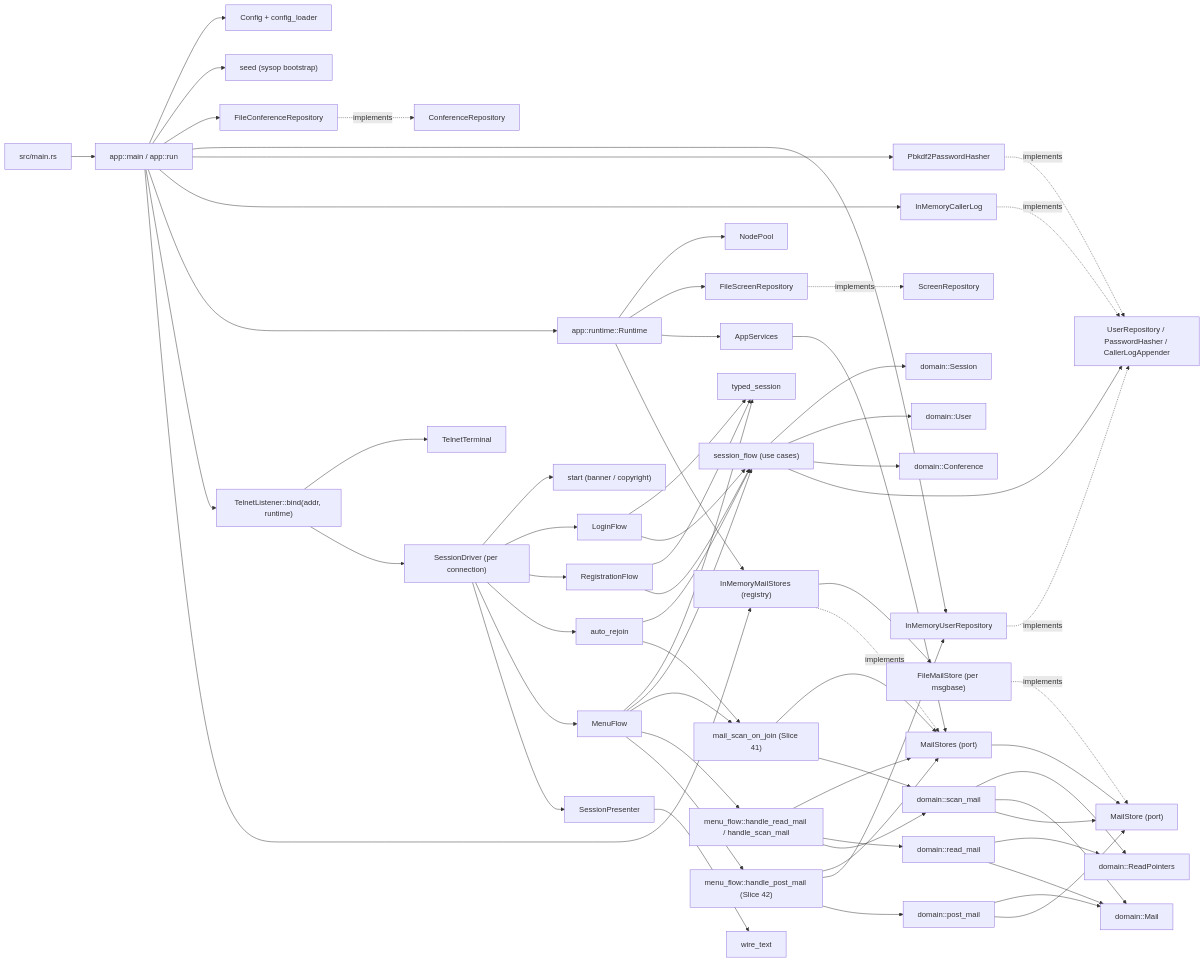
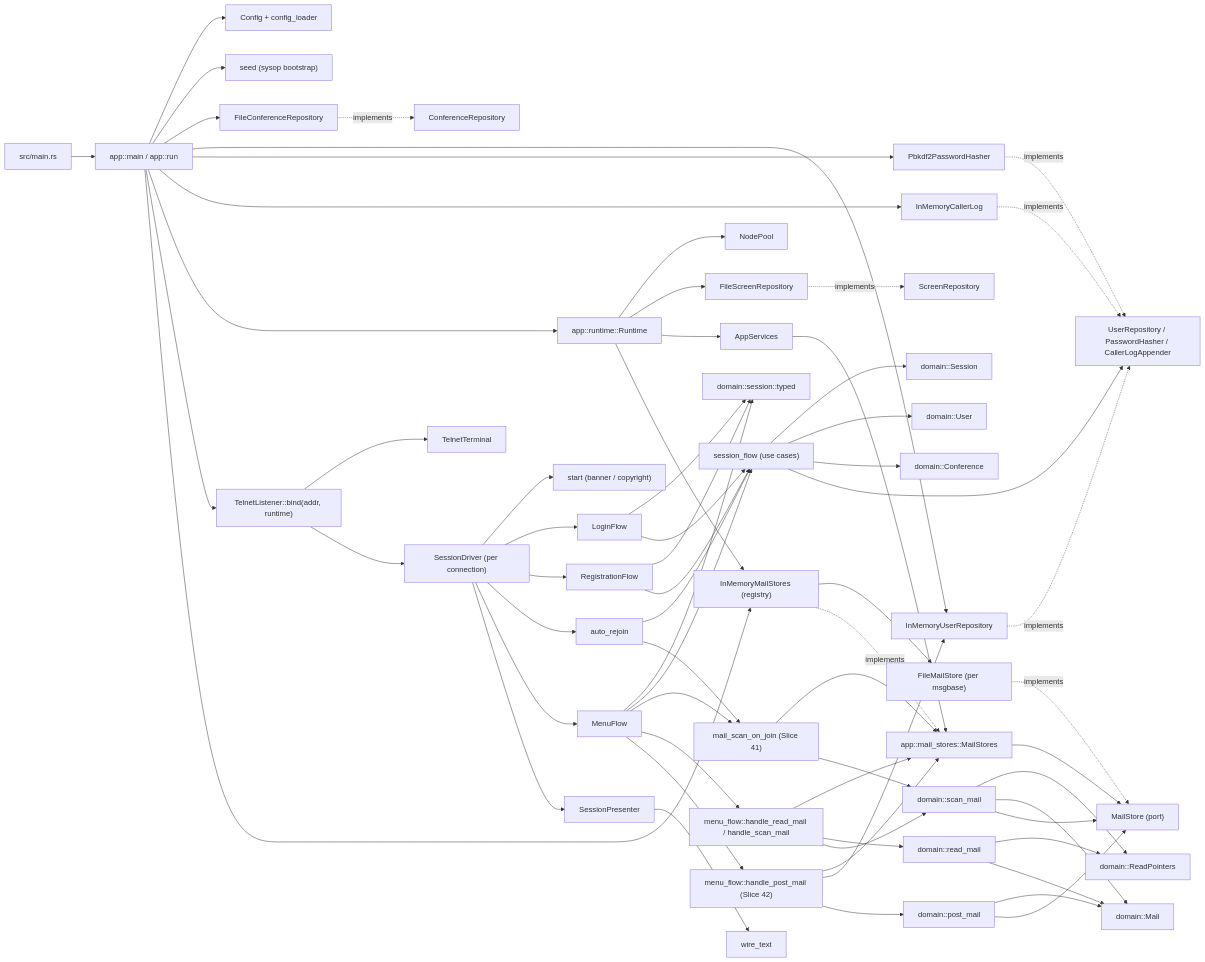
One commit to pingles/nextexpress changed the diagram in SYSTEM.md. Above: the diagram before and after it, drawn with Mermaid. The commit also changed other lines of this file and 21 other files, not shown here.

First line of the commit message:
Refactor Rust architecture boundaries

````diff
--- a/SYSTEM.md
+++ b/SYSTEM.md
@@ -27,76 +30,76 @@
 ```mermaid
 flowchart LR
     Main["src/main.rs"] --> AppRun["app::main / app::run"]
 
     AppRun --> Config["Config + config_loader"]
     AppRun --> Seed["seed (sysop bootstrap)"]
     AppRun --> ConfRepo["FileConferenceRepository"]
     AppRun --> UserRepo["InMemoryUserRepository"]
     AppRun --> Hasher["Pbkdf2PasswordHasher"]
     AppRun --> CallerLog["InMemoryCallerLog"]
     AppRun --> Runtime["app::runtime::Runtime"]
 
     Runtime --> NodePool["NodePool"]
     Runtime --> Screens["FileScreenRepository"]
     Runtime --> Services["AppServices"]
 
     AppRun --> Telnet["TelnetListener::bind(addr, runtime)"]
     Telnet --> Terminal["TelnetTerminal"]
     Telnet --> Driver["SessionDriver (per connection)"]
 
     Driver --> Start["start (banner / copyright)"]
     Driver --> Login["LoginFlow"]
     Driver --> Registration["RegistrationFlow"]
     Driver --> AutoRejoin["auto_rejoin"]
     Driver --> Menu["MenuFlow"]
     Driver --> Presenter["SessionPresenter"]
 
-    Login --> Typed["typed_session"]
+    Login --> Typed["domain::session::typed"]
     Registration --> Typed
     Menu --> Typed
     Login --> Flow["session_flow (use cases)"]
     Registration --> Flow
     Menu --> Flow
     AutoRejoin --> Flow
     Presenter --> WireText["wire_text"]
 
     AppRun --> MailRegistry["InMemoryMailStores (registry)"]
     MailRegistry --> FileMailStore["FileMailStore (per msgbase)"]
     Runtime --> MailRegistry
-    Services --> MailStoresPort["MailStores (port)"]
+    Services --> MailStoresPort["app::mail_stores::MailStores"]
     MailStoresPort --> MailPort["MailStore (port)"]
 
     AutoRejoin --> ScanOnJoin["mail_scan_on_join (Slice 41)"]
     Menu --> ScanOnJoin
     Menu --> ReadHandler["menu_flow::handle_read_mail / handle_scan_mail"]
     Menu --> PostHandler["menu_flow::handle_post_mail (Slice 42)"]
     ReadHandler --> MailStoresPort
     ScanOnJoin --> MailStoresPort
     PostHandler --> MailStoresPort
     PostHandler --> UserRepo
     ReadHandler --> ReadMailRule["domain::read_mail"]
     ReadHandler --> ScanMailRule["domain::scan_mail"]
     ScanOnJoin --> ScanMailRule
     PostHandler --> PostMailRule["domain::post_mail"]
     PostMailRule --> Mail
     PostMailRule --> MailPort
 
     Flow --> DomainSession["domain::Session"]
     Flow --> DomainUser["domain::User"]
     Flow --> DomainConference["domain::Conference"]
     Flow --> Ports["UserRepository / PasswordHasher / CallerLogAppender"]
     ReadMailRule --> Pointers["domain::ReadPointers"]
     ReadMailRule --> Mail["domain::Mail"]
     ScanMailRule --> Pointers
     ScanMailRule --> Mail
     ScanMailRule --> MailPort
 
     ConfRepo -.implements.-> ConfPort["ConferenceRepository"]
     UserRepo -.implements.-> Ports
     Hasher -.implements.-> Ports
     CallerLog -.implements.-> Ports
     Screens -.implements.-> ScreenPort["ScreenRepository"]
 
     MailRegistry -.implements.-> MailStoresPort
     FileMailStore -.implements.-> MailPort
 ```
````
